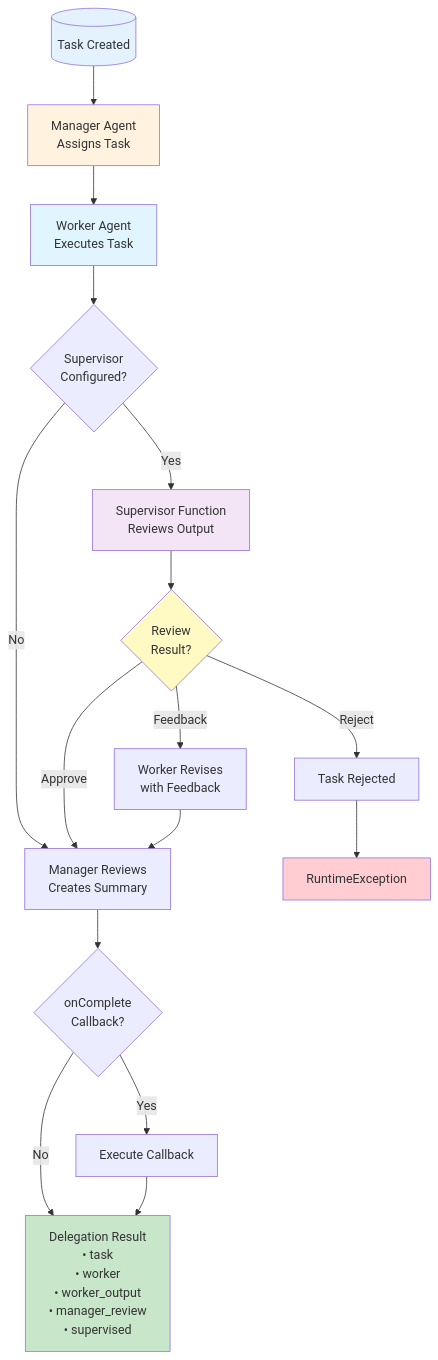
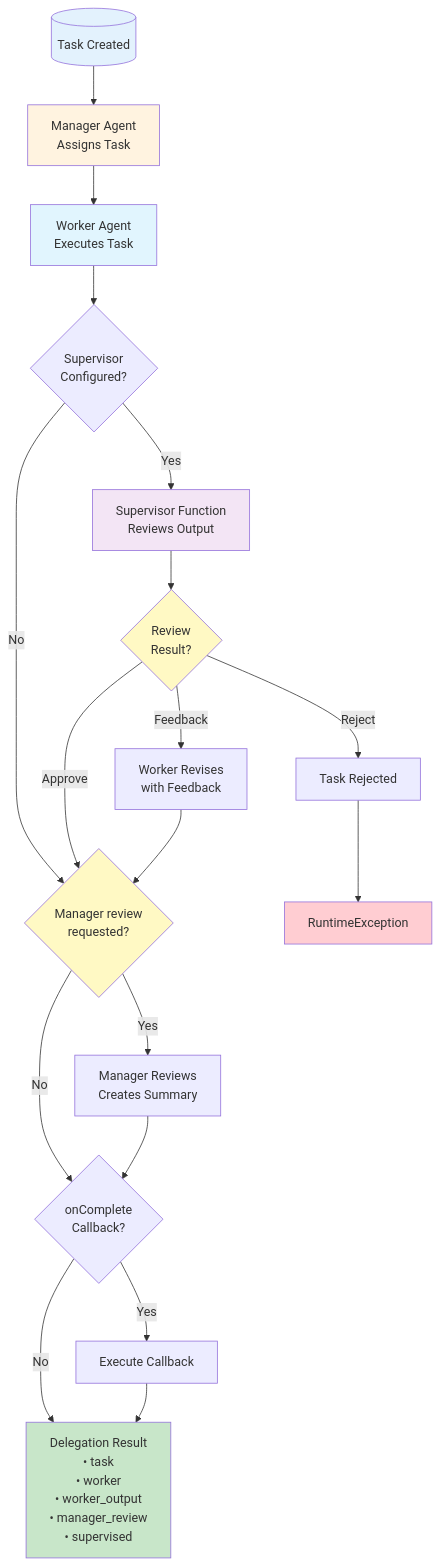
One commit to HelgeSverre/pagent changed the sixth of 9 diagrams in docs/orchestration-workflows.md. Above: the diagram before and after it, drawn with Mermaid. The commit also changed other lines of this file and 161 other files, not shown here.

````diff
--- a/docs/orchestration-workflows.md
+++ b/docs/orchestration-workflows.md
@@ -488,37 +490,42 @@
 ```mermaid
 flowchart TD
     Start[("Task Created")] --> Manager["Manager Agent<br/>Assigns Task"]
 
     Manager --> Worker[" Worker Agent<br/>Executes Task"]
 
     Worker --> HasSupervision{Supervisor<br/>Configured?}
 
     HasSupervision -->|Yes| Supervisor["Supervisor Function<br/>Reviews Output"]
-    HasSupervision -->|No| ManagerReview
+    HasSupervision -->|No| WantsReview
 
     Supervisor --> SupervisorDecision{Review<br/>Result?}
     SupervisorDecision -->| Reject| Fail["Task Rejected"]
     SupervisorDecision -->| Feedback| Revise["Worker Revises<br/>with Feedback"]
-    SupervisorDecision -->| Approve| ManagerReview
+    SupervisorDecision -->| Approve| WantsReview
 
-    Revise --> ManagerReview
+    Revise --> WantsReview
+
+    WantsReview{Manager review<br/>requested?}
+    WantsReview -->|Yes| ManagerReview
+    WantsReview -->|No| Callback
 
     ManagerReview["Manager Reviews<br/>Creates Summary"]
 
     ManagerReview --> Callback{onComplete<br/>Callback?}
 
     Callback -->|Yes| Execute["Execute Callback"]
     Callback -->|No| Result
 
     Execute --> Result["Delegation Result<br/>• task<br/>• worker<br/>• worker_output<br/>• manager_review<br/>• supervised"]
 
     Fail --> ErrorResult["RuntimeException"]
 
     style Start fill:#e3f2fd
     style Result fill:#c8e6c9
     style ErrorResult fill:#ffcdd2
     style Manager fill:#fff3e0
     style Worker fill:#e1f5fe
     style Supervisor fill:#f3e5f5
     style SupervisorDecision fill:#fff9c4
+    style WantsReview fill:#fff9c4
 ```
````
